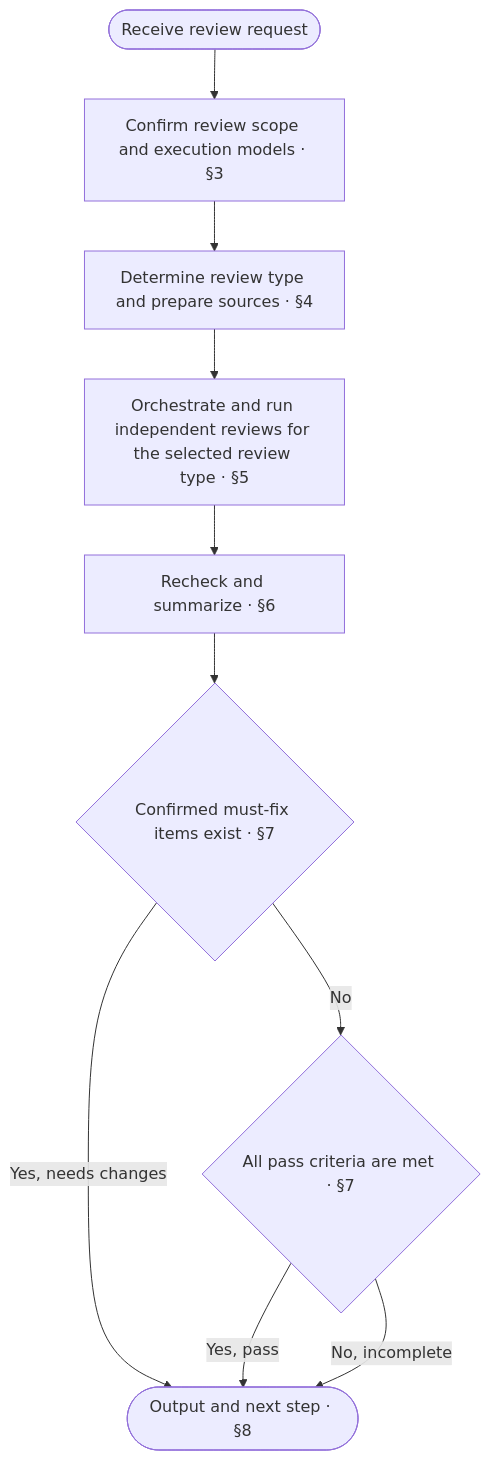
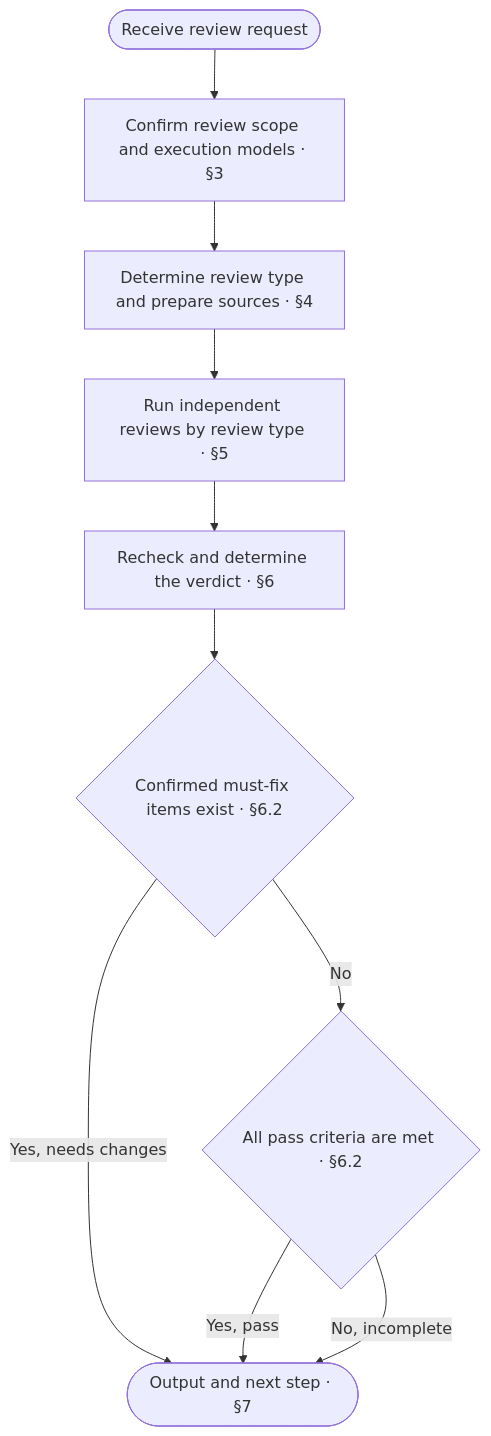
The first of 2 diagrams in dist/antigravity-cli/aca-review/SKILL.md (ruozi/anyone-can-architect), drawn with Mermaid before and after one commit. The commit also changed other lines of this file and 132 other files, not shown here.

Commit message:
feat(review): simplify review tasks, structure-only scope, cross-module gates, and walkthrough expression check

````diff
--- a/dist/antigravity-cli/aca-review/SKILL.md
+++ b/dist/antigravity-cli/aca-review/SKILL.md
@@ -80,12 +82,12 @@
 ```mermaid
 flowchart TD
     Start([Receive review request]) --> Scope["Confirm review scope and execution models · §3"]
     Scope --> Check["Determine review type and prepare sources · §4"]
-    Check --> Audit["Orchestrate and run independent reviews for the selected review type · §5"]
-    Audit --> Verify["Recheck and summarize · §6"]
-    Verify --> Issues{"Confirmed must-fix items exist · §7"}
-    Issues -- Yes, needs changes --> Report(["Output and next step · §8"])
-    Issues -- No --> Complete{"All pass criteria are met · §7"}
+    Check --> Audit["Run independent reviews by review type · §5"]
+    Audit --> Verify["Recheck and determine the verdict · §6"]
+    Verify --> Issues{"Confirmed must-fix items exist · §6.2"}
+    Issues -- Yes, needs changes --> Report(["Output and next step · §7"])
+    Issues -- No --> Complete{"All pass criteria are met · §6.2"}
     Complete -- Yes, pass --> Report
     Complete -- No, incomplete --> Report
 ```
````
